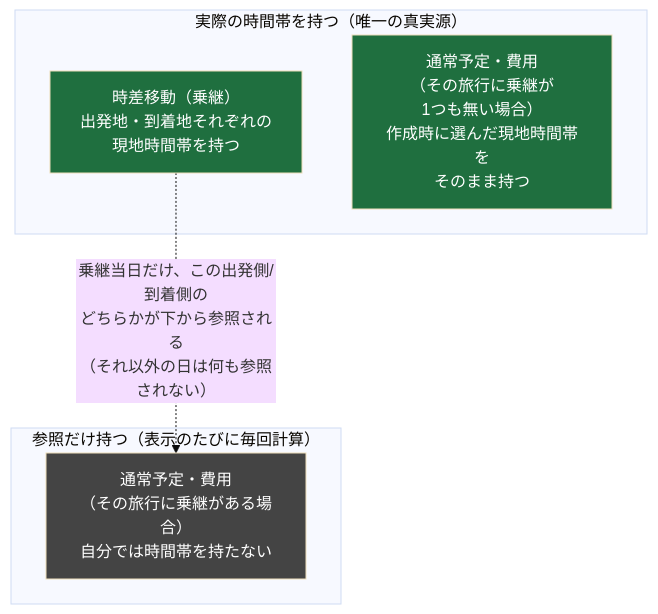
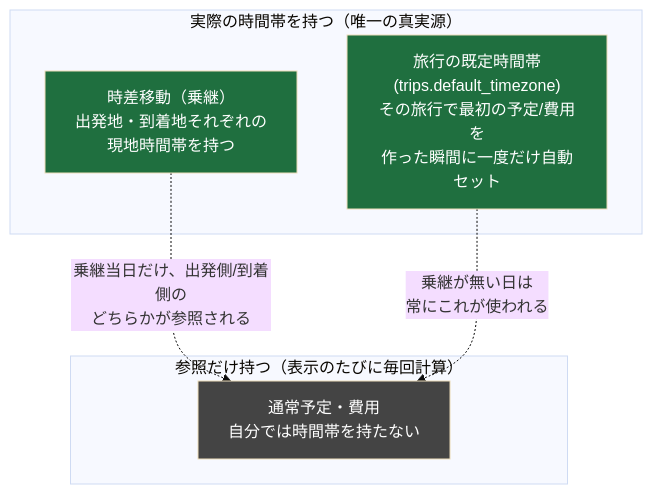
Before and after one commit to shidetake/triplot: the first of 5 diagrams in docs/design/timezone.md, drawn with Mermaid (base theme). The commit also changed other lines of this file and 11 other files, not shown here.

````diff
--- a/docs/design/timezone.md
+++ b/docs/design/timezone.md
@@ -12,17 +13,18 @@
 ```mermaid
 flowchart TB
     subgraph G1["実際の時間帯を持つ（唯一の真実源）"]
         T["時差移動（乗継）<br/>出発地・到着地それぞれの<br/>現地時間帯を持つ"]
-        NT["通常予定・費用<br/>（その旅行に乗継が<br/>1つも無い場合）<br/>作成時に選んだ現地時間帯を<br/>そのまま持つ"]
+        D["旅行の既定時間帯<br/>(trips.default_timezone)<br/>その旅行で最初の予定/費用を<br/>作った瞬間に一度だけ自動セット"]
     end
 
     subgraph G2["参照だけ持つ（表示のたびに毎回計算）"]
-        N["通常予定・費用<br/>（その旅行に乗継がある場合）<br/>自分では時間帯を持たない"]
+        N["通常予定・費用<br/>自分では時間帯を持たない"]
     end
 
-    T -.->|"乗継当日だけ、この出発側/到着側の<br/>どちらかが下から参照される<br/>（それ以外の日は何も参照されない）"| N
+    T -.->|"乗継当日だけ、出発側/到着側の<br/>どちらかが参照される"| N
+    D -.->|"乗継が無い日は<br/>常にこれが使われる"| N
 
     style T fill:#1f6f3f,color:#fff
-    style NT fill:#1f6f3f,color:#fff
+    style D fill:#1f6f3f,color:#fff
     style N fill:#444,color:#fff
 ```
````
